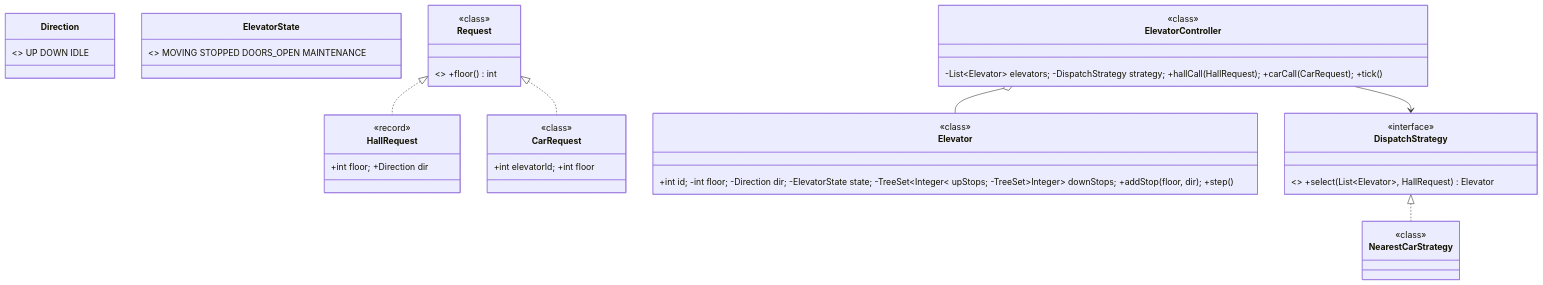
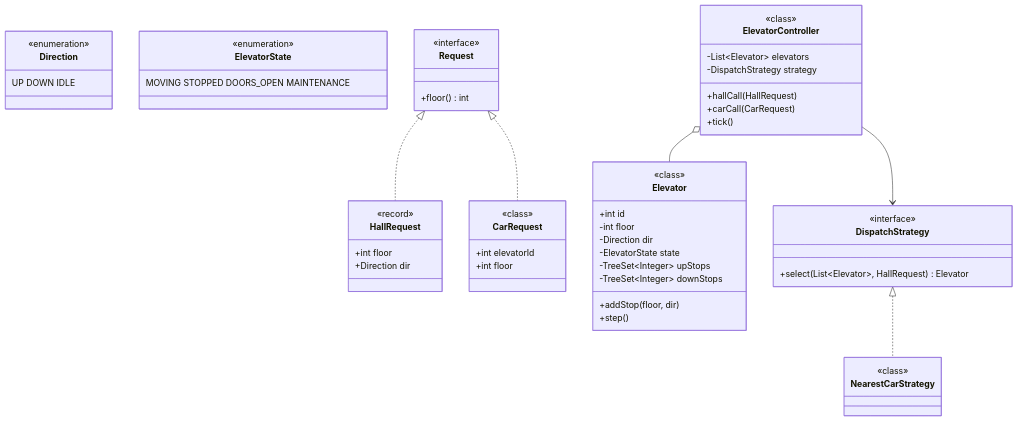
The first of 2 diagrams in system-design/lld/24-elevator.md (amarkum/amarkumar.guru), drawn with Mermaid before and after one commit. The commit also changed other lines of this file and 27 other files, not shown here.

````diff
--- a/system-design/lld/24-elevator.md
+++ b/system-design/lld/24-elevator.md
@@ -38,37 +38,70 @@
 ```mermaid
 classDiagram
-    class Direction { <<enumeration>> UP DOWN IDLE }
-    class ElevatorState { <<enumeration>> MOVING STOPPED DOORS_OPEN MAINTENANCE }
-    class Elevator { +int id; -int floor; -Direction dir; -ElevatorState state; -TreeSet~Integer~ upStops; -TreeSet~Integer~ downStops; +addStop(floor, dir); +step() }
-    class Request { <<interface>> +floor() int }
-    class HallRequest { +int floor; +Direction dir }
-    class CarRequest { +int elevatorId; +int floor }
-    class DispatchStrategy { <<interface>> +select(List~Elevator~, HallRequest) Elevator }
+    class Direction {
+      <<enumeration>>
+      UP DOWN IDLE
+    }
+    class ElevatorState {
+      <<enumeration>>
+      MOVING STOPPED DOORS_OPEN MAINTENANCE
+    }
+    class Elevator {
+      +int id
+      -int floor
+      -Direction dir
+      -ElevatorState state
+      -TreeSet~Integer~ upStops
+      -TreeSet~Integer~ downStops
+      +addStop(floor, dir)
+      +step()
+    }
+    class Request {
+      <<interface>>
+      +floor() int
+    }
+    class HallRequest {
+      +int floor
+      +Direction dir
+    }
+    class CarRequest {
+      +int elevatorId
+      +int floor
+    }
+    class DispatchStrategy {
+      <<interface>>
+      +select(List~Elevator~, HallRequest) Elevator
+    }
     class NearestCarStrategy {
       <<class>>
     }
-    class ElevatorController { -List~Elevator~ elevators; -DispatchStrategy strategy; +hallCall(HallRequest); +carCall(CarRequest); +tick() }
+    class ElevatorController {
+      -List~Elevator~ elevators
+      -DispatchStrategy strategy
+      +hallCall(HallRequest)
+      +carCall(CarRequest)
+      +tick()
+    }
     Request <|.. HallRequest
     Request <|.. CarRequest
     DispatchStrategy <|.. NearestCarStrategy
     ElevatorController o-- Elevator
     ElevatorController --> DispatchStrategy
     class Request {
       <<class>>
     }
     class CarRequest {
       <<class>>
     }
     class ElevatorController {
       <<class>>
     }
     class DispatchStrategy {
       <<interface>>
     }
     class HallRequest {
       <<record>>
     }
     class Elevator {
       <<class>>
     }
 ```
````
